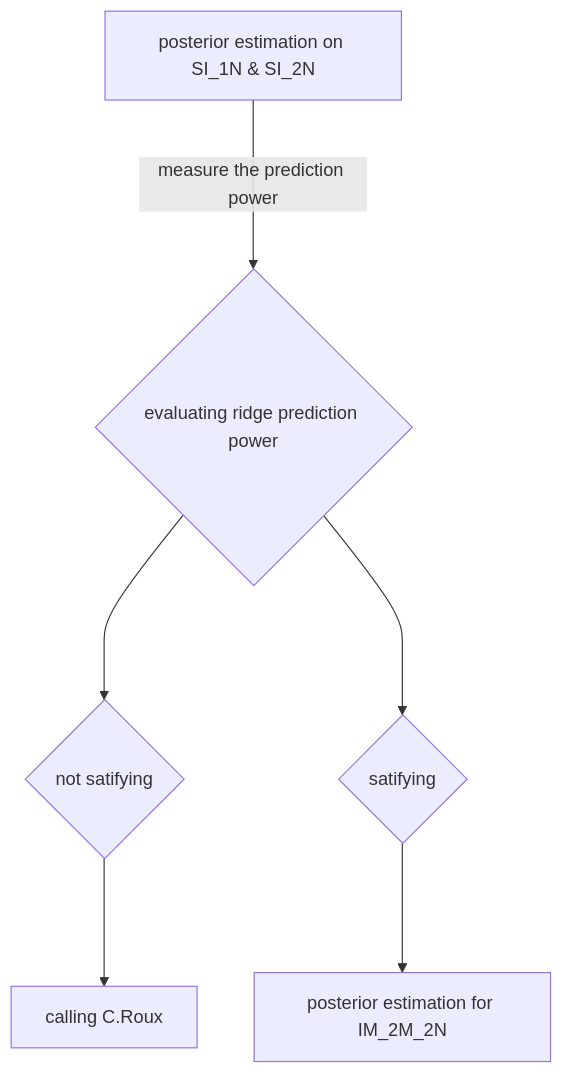
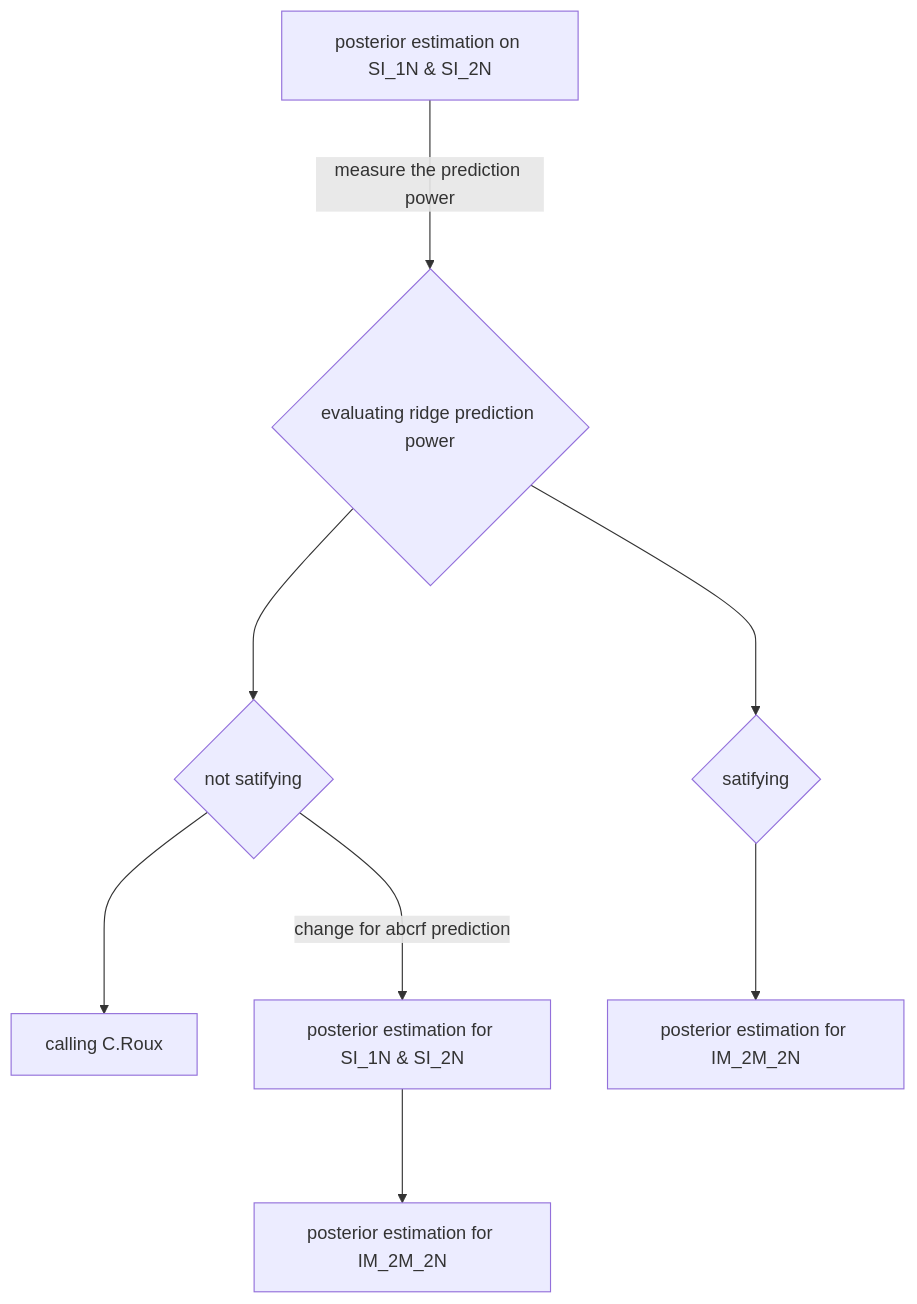
One commit to EwenBurban/obsidian changed the diagram in RIDGE/Test performance estimation posterior.md. Above: the diagram before and after it, drawn with Mermaid. The commit also changed other lines of this file and 29 other files, not shown here.

````diff
--- a/RIDGE/Test performance estimation posterior.md
+++ b/RIDGE/Test performance estimation posterior.md
@@ -24,16 +24,18 @@
 ```mermaid
 graph TD
 
 B[posterior estimation on SI_1N & SI_2N]
 
 B --->|measure the prediction power| C{evaluating ridge prediction power}
 
 C ---> D{not satifying}
 
 D ---> E[calling C.Roux]
 
 C ---> F{satifying}
 
 F ---> G[posterior estimation for IM_2M_2N]
+D ---> |change for abcrf prediction| H[posterior estimation for SI_1N & SI_2N]
+H ---> I[posterior estimation for IM_2M_2N]
 
 ```
````
